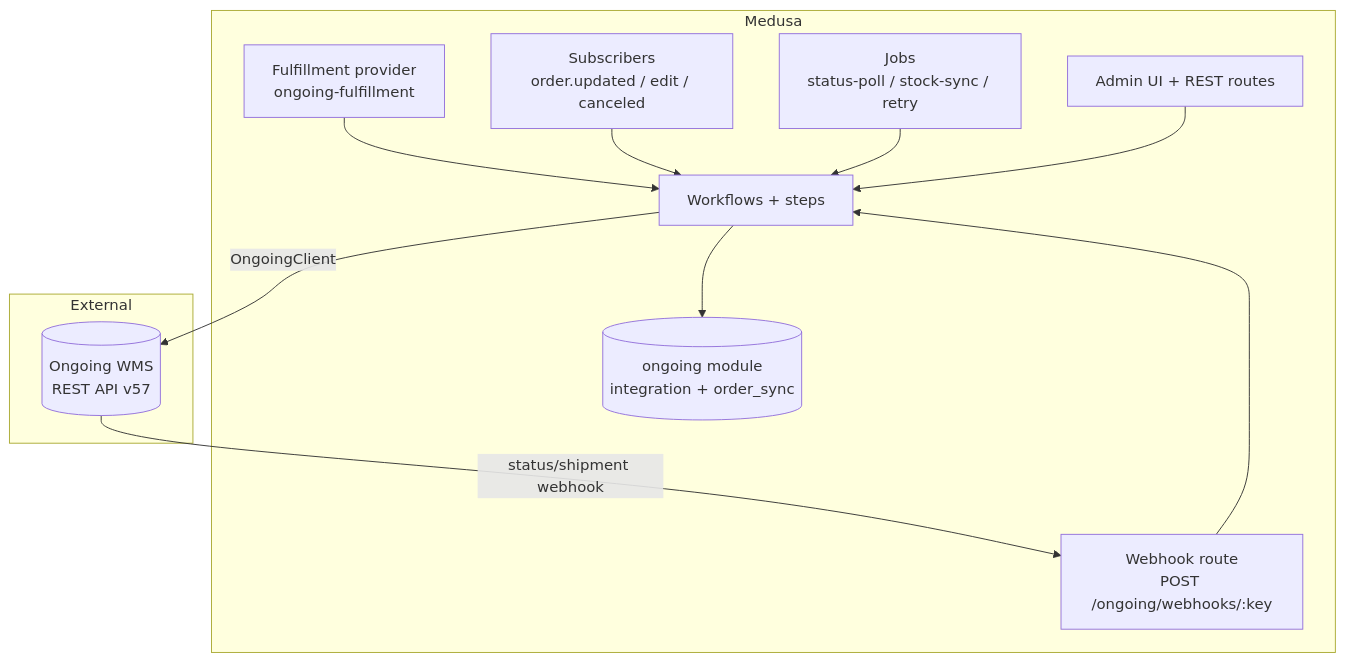
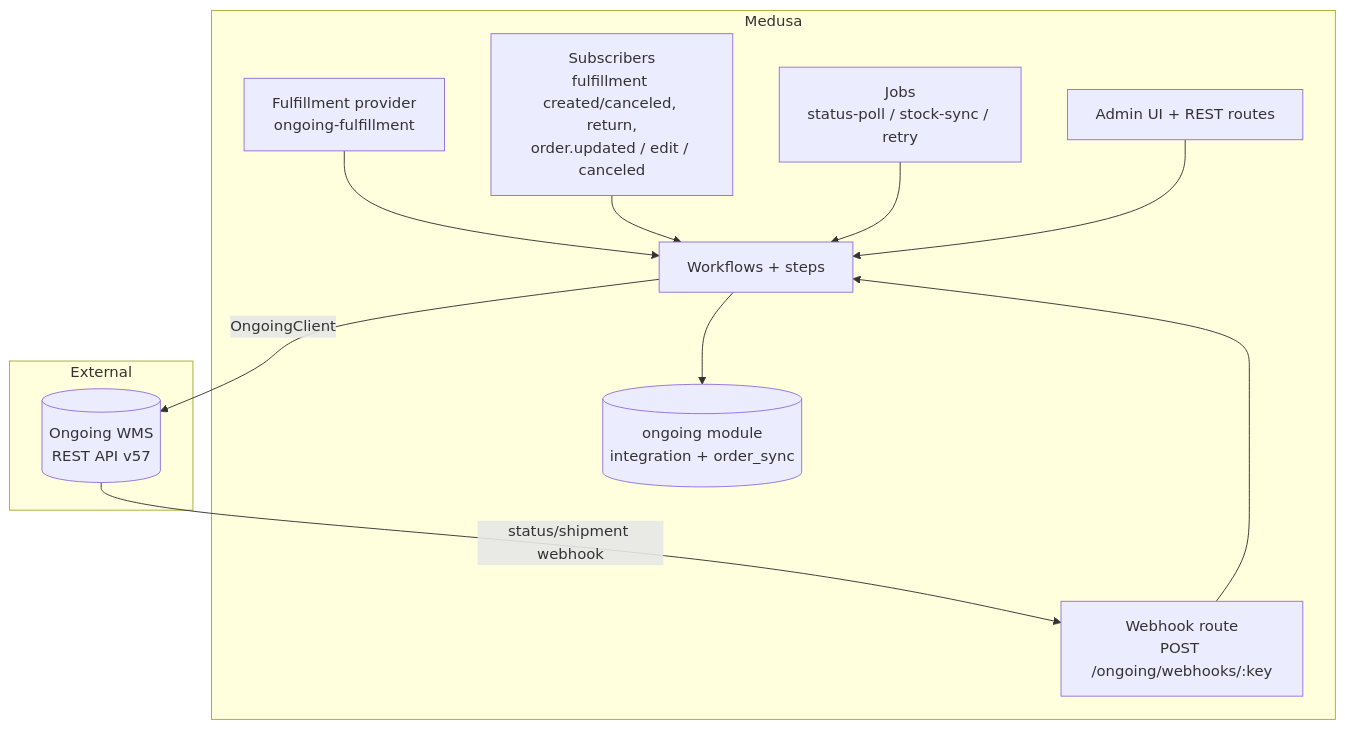
One commit to Comfyballs/MedusaOngoingWarehousePlugin changed the first of 3 diagrams in docs/wiki/Dev-Architecture.md. Above: the diagram before and after it, drawn with Mermaid. The commit also changed other lines of this file and 14 other files, not shown here.

````diff
--- a/docs/wiki/Dev-Architecture.md
+++ b/docs/wiki/Dev-Architecture.md
@@ -7,23 +7,23 @@
 ```mermaid
 flowchart TB
   subgraph Medusa
     FP[Fulfillment provider<br/>ongoing-fulfillment]
-    SUB[Subscribers<br/>order.updated / edit / canceled]
+    SUB[Subscribers<br/>fulfillment created/canceled, return,<br/>order.updated / edit / canceled]
     JOB[Jobs<br/>status-poll / stock-sync / retry]
     WF[Workflows + steps]
     MOD[(ongoing module<br/>integration + order_sync)]
     ADMIN[Admin UI + REST routes]
     WH[Webhook route<br/>POST /ongoing/webhooks/:key]
   end
   subgraph External
     ONG[(Ongoing WMS<br/>REST API v57)]
   end
   FP --> WF
   SUB --> WF
   JOB --> WF
   ADMIN --> WF
   WH --> WF
   WF --> MOD
   WF -->|OngoingClient| ONG
   ONG -->|status/shipment webhook| WH
 ```
````
